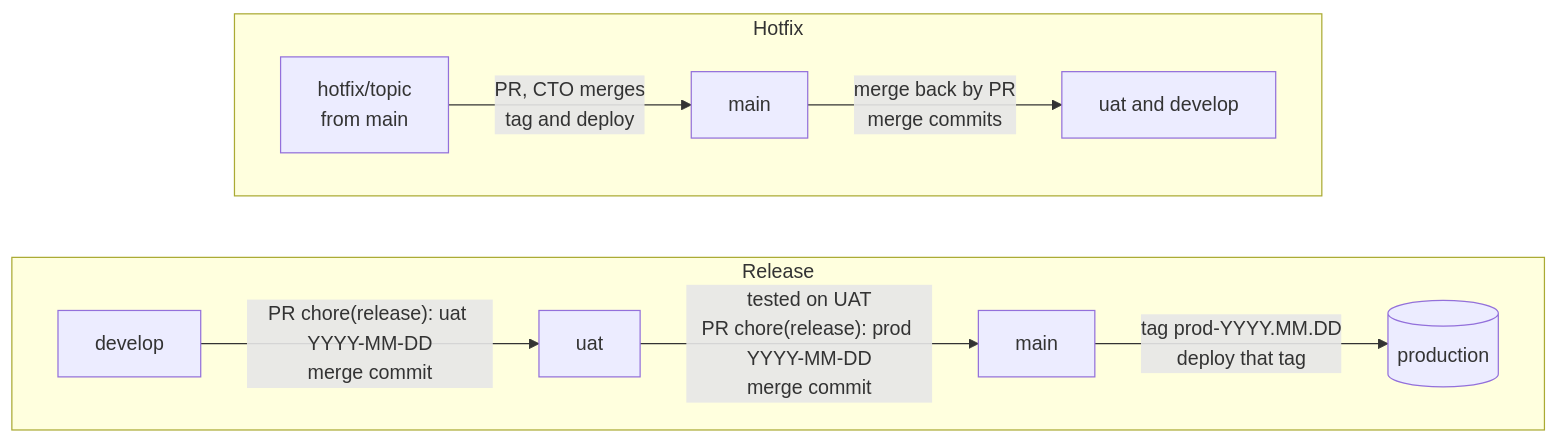
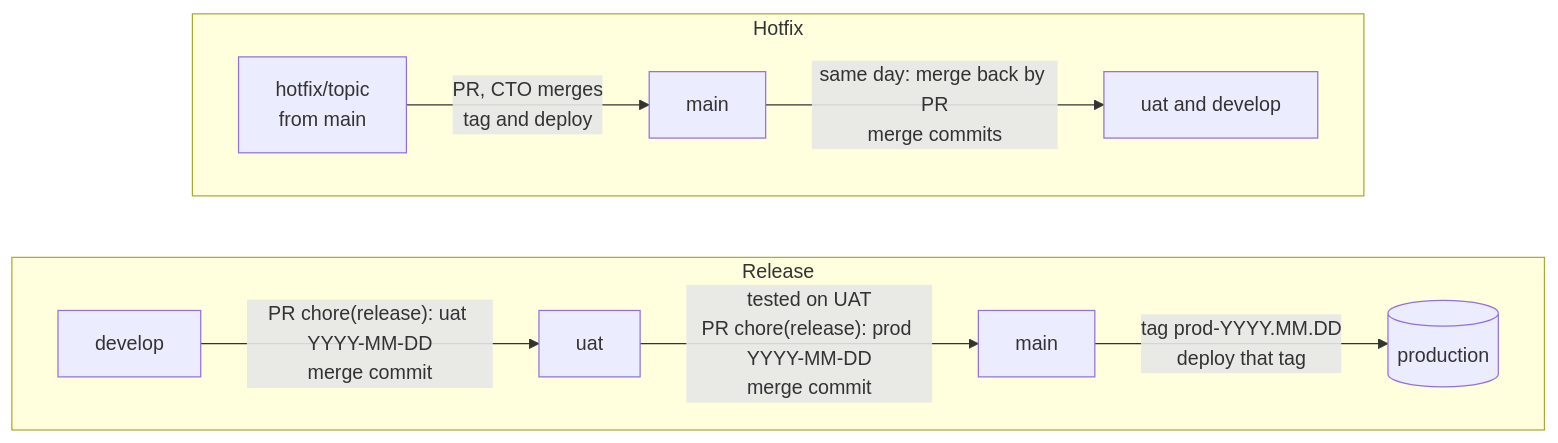
Before and after one commit to Jacob-Valor/paperplane-engineering-workflow-skills: the second of 2 diagrams in README.md, drawn with Mermaid. The commit also changed other lines of this file and 5 other files, not shown here.

````diff
--- a/README.md
+++ b/README.md
@@ -54,14 +55,14 @@
 ```mermaid
 flowchart LR
   subgraph release["Release"]
     direction LR
     D[develop] -->|"PR chore(release): uat YYYY-MM-DD<br/>merge commit"| U[uat]
     U -->|"tested on UAT<br/>PR chore(release): prod YYYY-MM-DD<br/>merge commit"| M[main]
     M -->|"tag prod-YYYY.MM.DD<br/>deploy that tag"| P[(production)]
   end
   subgraph hotfix["Hotfix"]
     direction LR
     H["hotfix/topic<br/>from main"] -->|"PR, CTO merges<br/>tag and deploy"| HM[main]
-    HM -->|"merge back by PR<br/>merge commits"| B["uat and develop"]
+    HM -->|"same day: merge back by PR<br/>merge commits"| B["uat and develop"]
   end
 ```
````
